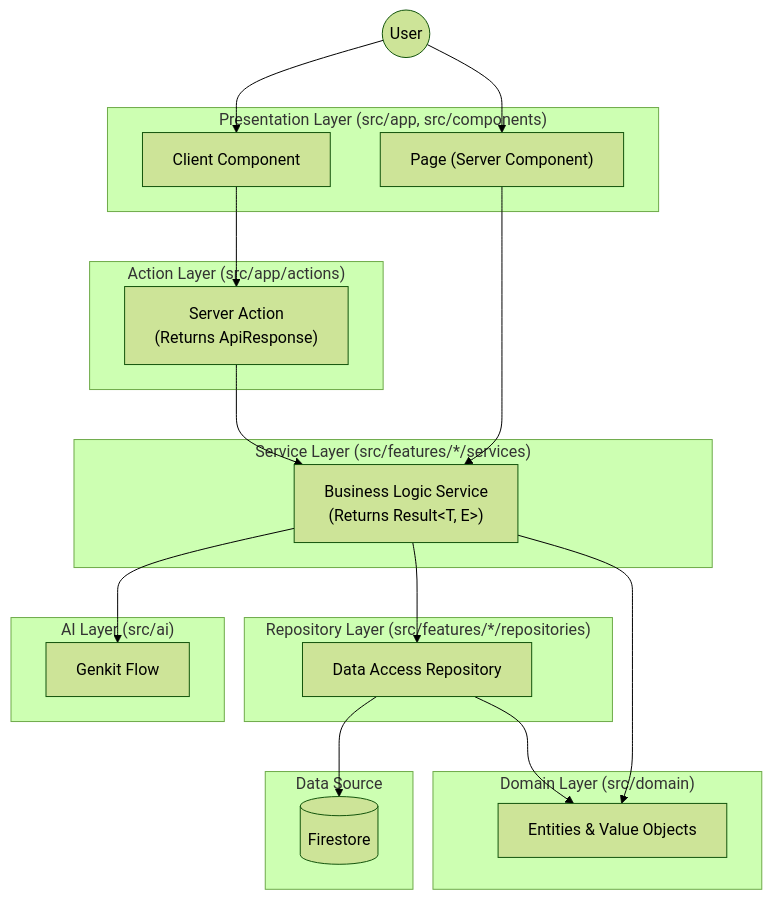
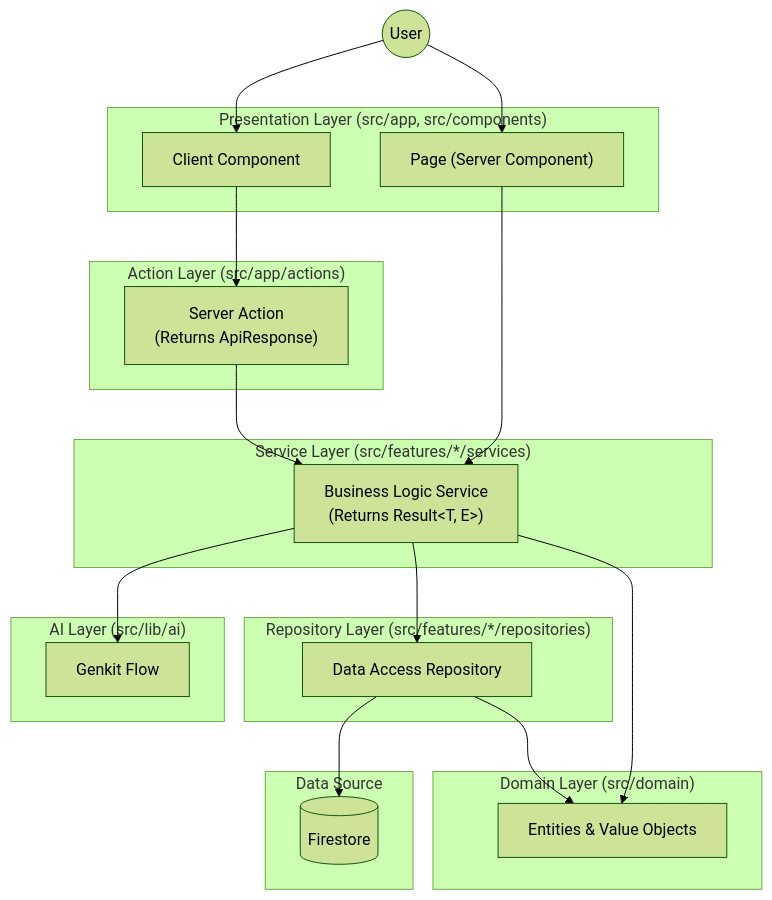
Before and after one commit to arvindri2005/Company-Leetcode-Explorer: the diagram in project-structure.md, drawn with Mermaid (forest theme). The commit also changed other lines of this file and 78 other files, not shown here.

````diff
--- a/project-structure.md
+++ b/project-structure.md
@@ -524,44 +539,44 @@
 ```mermaid
 graph TD
     User((User))
 
     subgraph Presentation ["Presentation Layer (src/app, src/components)"]
         Page["Page (Server Component)"]
         Component["Client Component"]
     end
 
     subgraph Action ["Action Layer (src/app/actions)"]
         ServerAction["Server Action<br/>(Returns ApiResponse)"]
     end
 
     subgraph Service ["Service Layer (src/features/*/services)"]
         BusinessLogic["Business Logic Service<br/>(Returns Result&lt;T, E&gt;)"]
     end
 
     subgraph Repository ["Repository Layer (src/features/*/repositories)"]
         DataAccess["Data Access Repository"]
     end
 
     subgraph Domain ["Domain Layer (src/domain)"]
         Entity["Entities & Value Objects"]
     end
 
-    subgraph AI_Layer ["AI Layer (src/ai)"]
+    subgraph AI_Layer ["AI Layer (src/lib/ai)"]
         GenkitFlow["Genkit Flow"]
     end
 
     subgraph Data ["Data Source"]
         DB[(Firestore)]
     end
 
     User --> Page
     User --> Component
     Page --> BusinessLogic
     Component --> ServerAction
     ServerAction --> BusinessLogic
     BusinessLogic --> DataAccess
     BusinessLogic --> GenkitFlow
     BusinessLogic --> Entity
     DataAccess --> Entity
     DataAccess --> DB
 ```
````
